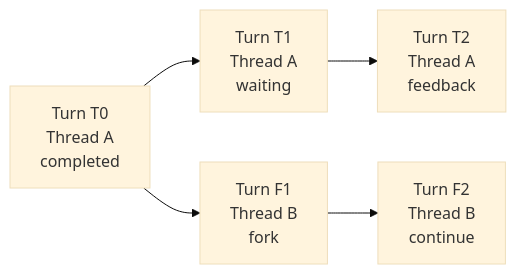
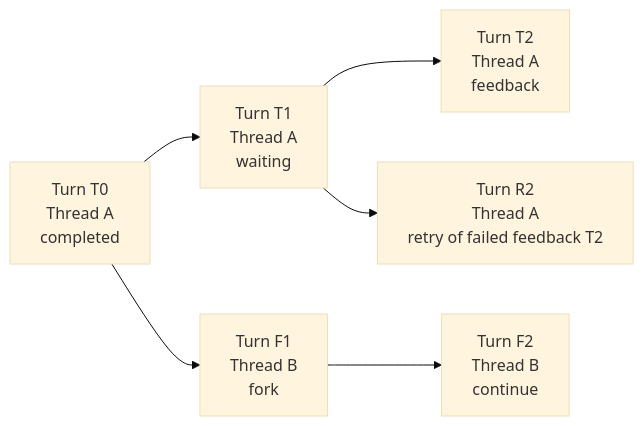
The third of 4 diagrams in spec/foundation-service/14-turn-persistence.md (converge-ai-labs/agent-foundation), drawn with Mermaid (base theme) before and after one commit. The commit also changed other lines of this file and 26 other files, not shown here.

````diff
--- a/spec/foundation-service/14-turn-persistence.md
+++ b/spec/foundation-service/14-turn-persistence.md
@@ -411,7 +436,8 @@
 ```mermaid
 flowchart LR
     T0["Turn T0<br/>Thread A<br/>completed"] --> T1["Turn T1<br/>Thread A<br/>waiting"]
     T1 --> T2["Turn T2<br/>Thread A<br/>feedback"]
+    T1 --> R2["Turn R2<br/>Thread A<br/>retry of failed feedback T2"]
     T0 --> F1["Turn F1<br/>Thread B<br/>fork"]
     F1 --> F2["Turn F2<br/>Thread B<br/>continue"]
 ```
````
